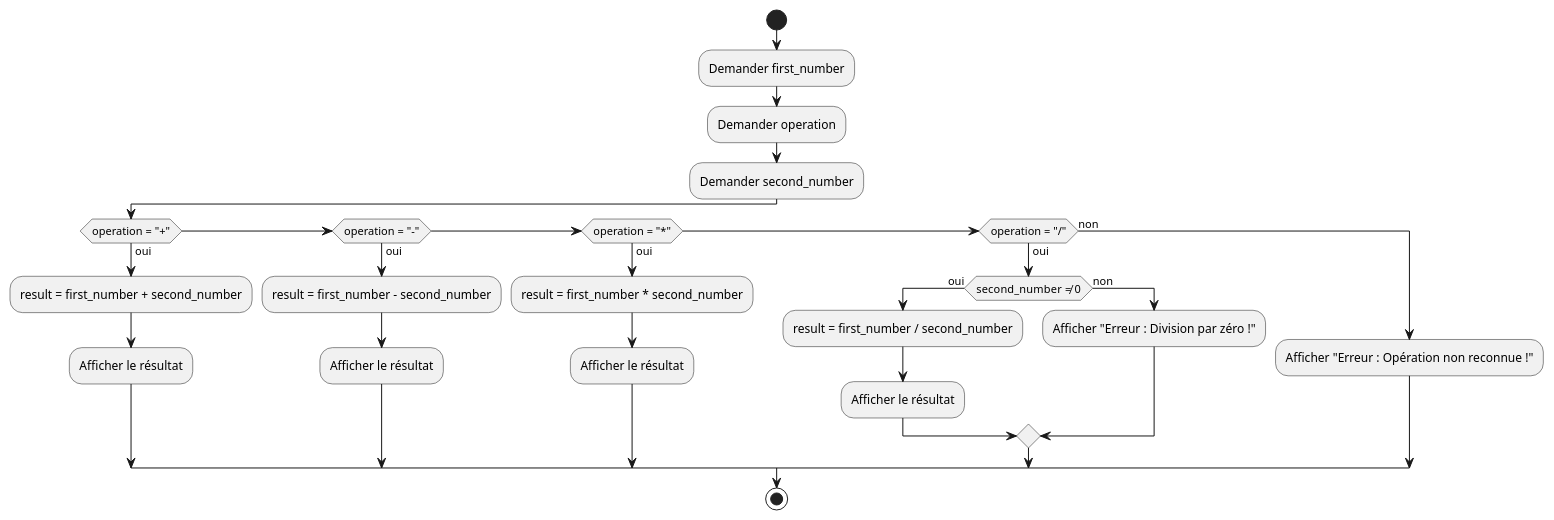
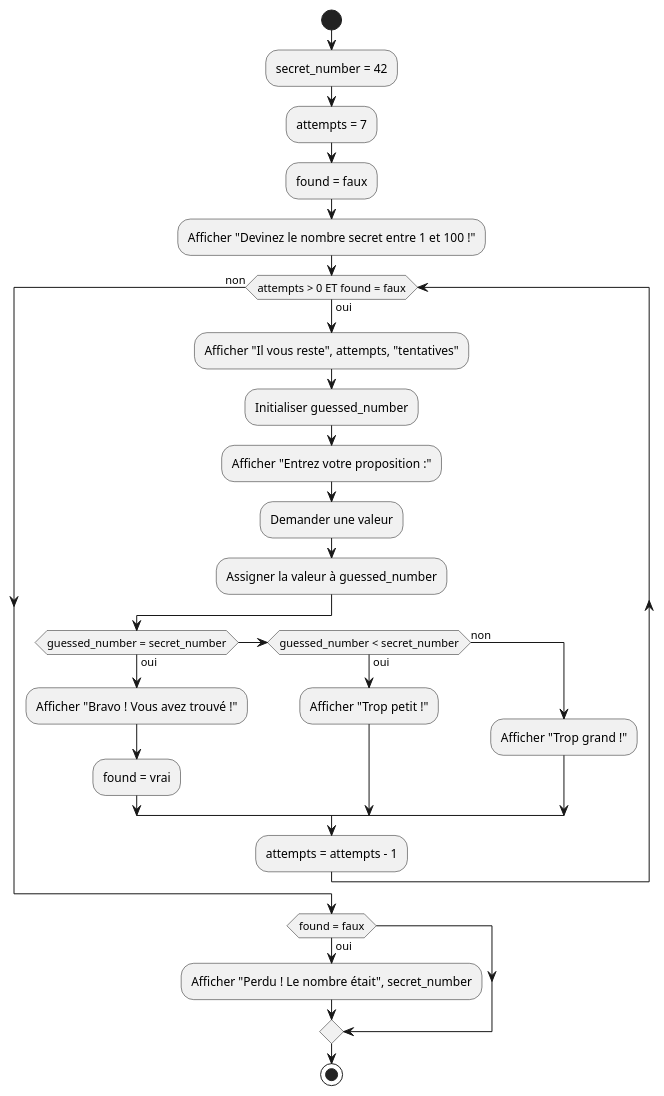
Before and after one commit to HEIG-VD-Prog-Course/HEIG-VD-ProgIM-Course: the eighth of 10 diagrams in 02.01-sequence-selection-iteration/02-exercices/README.md, drawn with PlantUML. The commit also changed other lines of this file, not shown here.

````diff
--- a/02.01-sequence-selection-iteration/02-exercices/README.md
+++ b/02.01-sequence-selection-iteration/02-exercices/README.md
@@ -844,28 +903,29 @@
 ```plantuml
 @startuml
 start
-:Demander first_number;
-:Demander operation;
-:Demander second_number;
-if (operation = "+") then (oui)
-    :result = first_number + second_number;
-    :Afficher le résultat;
-elseif (operation = "-") then (oui)
-    :result = first_number - second_number;
-    :Afficher le résultat;
-elseif (operation = "*") then (oui)
-    :result = first_number * second_number;
-    :Afficher le résultat;
-elseif (operation = "/") then (oui)
-    if (second_number ≠ 0) then (oui)
-        :result = first_number / second_number;
-        :Afficher le résultat;
+:secret_number = 42;
+:attempts = 7;
+:found = faux;
+:Afficher "Devinez le nombre secret entre 1 et 100 !";
+while (attempts > 0 ET found = faux) is (oui)
+    :Afficher "Il vous reste", attempts, "tentatives";
+    :Initialiser guessed_number;
+    :Afficher "Entrez votre proposition :";
+    :Demander une valeur;
+    :Assigner la valeur à guessed_number;
+    if (guessed_number = secret_number) then (oui)
+        :Afficher "Bravo ! Vous avez trouvé !";
+        :found = vrai;
+    elseif (guessed_number < secret_number) then (oui)
+        :Afficher "Trop petit !";
     else (non)
-        :Afficher "Erreur : Division par zéro !";
+        :Afficher "Trop grand !";
     endif
-else (non)
-    :Afficher "Erreur : Opération non reconnue !";
+    :attempts = attempts - 1;
+endwhile (non)
+if (found = faux) then (oui)
+    :Afficher "Perdu ! Le nombre était", secret_number;
 endif
 stop
 @enduml
 ```
````
